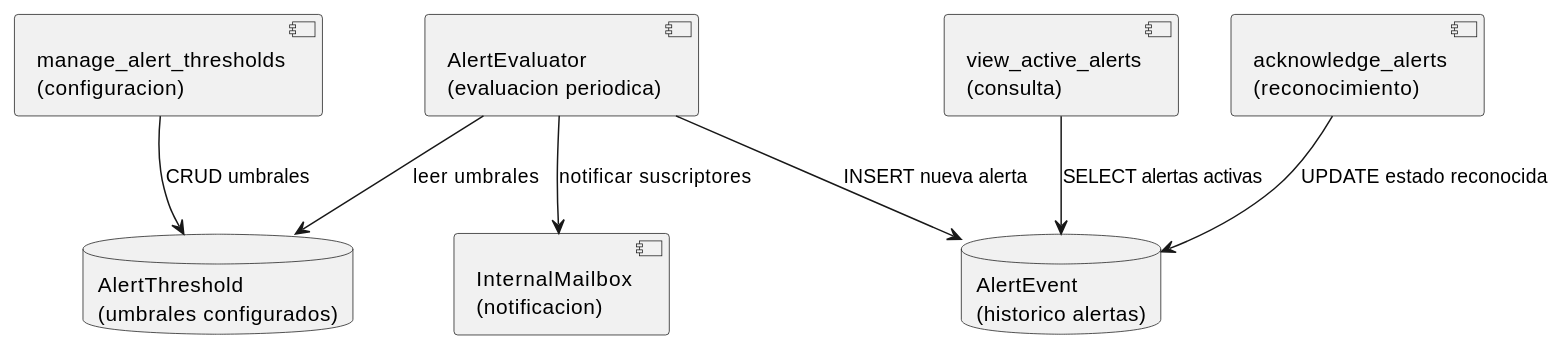
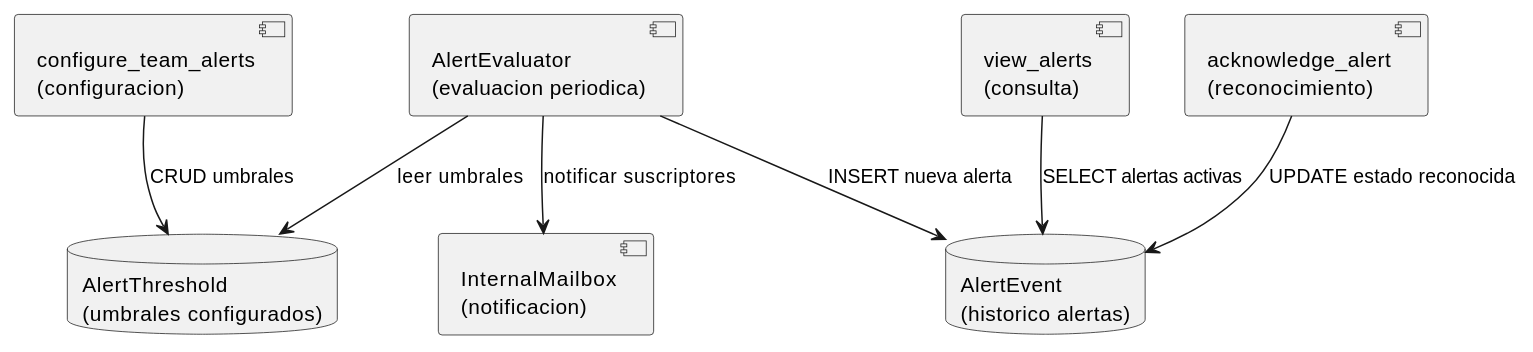
One commit to jcg-admin/IACT-docs changed the third of 3 diagrams in source/arquitectura-tecnica/modulos/alerts/diagramas.rst. Above: the diagram before and after it, drawn with PlantUML. The commit also changed other lines of this file and 157 other files, not shown here.

First line of the commit message:
Enforce catalog function names across all diagrams

```diff
--- a/source/arquitectura-tecnica/modulos/alerts/diagramas.rst
+++ b/source/arquitectura-tecnica/modulos/alerts/diagramas.rst
@@ -71,22 +71,22 @@
 .. uml::
  :caption: Componentes de MOD_Alerts y sus dependencias.
 
  @startuml
 
  component "AlertEvaluator\n(evaluacion periodica)" as AE
- component "manage_alert_thresholds\n(configuracion)" as CFG
- component "view_active_alerts\n(consulta)" as VIEW
- component "acknowledge_alerts\n(reconocimiento)" as ACK
+ component "configure_team_alerts\n(configuracion)" as CFG
+ component "view_alerts\n(consulta)" as VIEW
+ component "acknowledge_alert\n(reconocimiento)" as ACK
  component "InternalMailbox\n(notificacion)" as MB
 
  database "AlertThreshold\n(umbrales configurados)" as TH
  database "AlertEvent\n(historico alertas)" as HIST
 
  CFG --> TH : CRUD umbrales
  AE --> TH : leer umbrales
  AE --> HIST : INSERT nueva alerta
  AE --> MB : notificar suscriptores
  VIEW --> HIST : SELECT alertas activas
  ACK --> HIST : UPDATE estado reconocida
 
  @enduml
```
